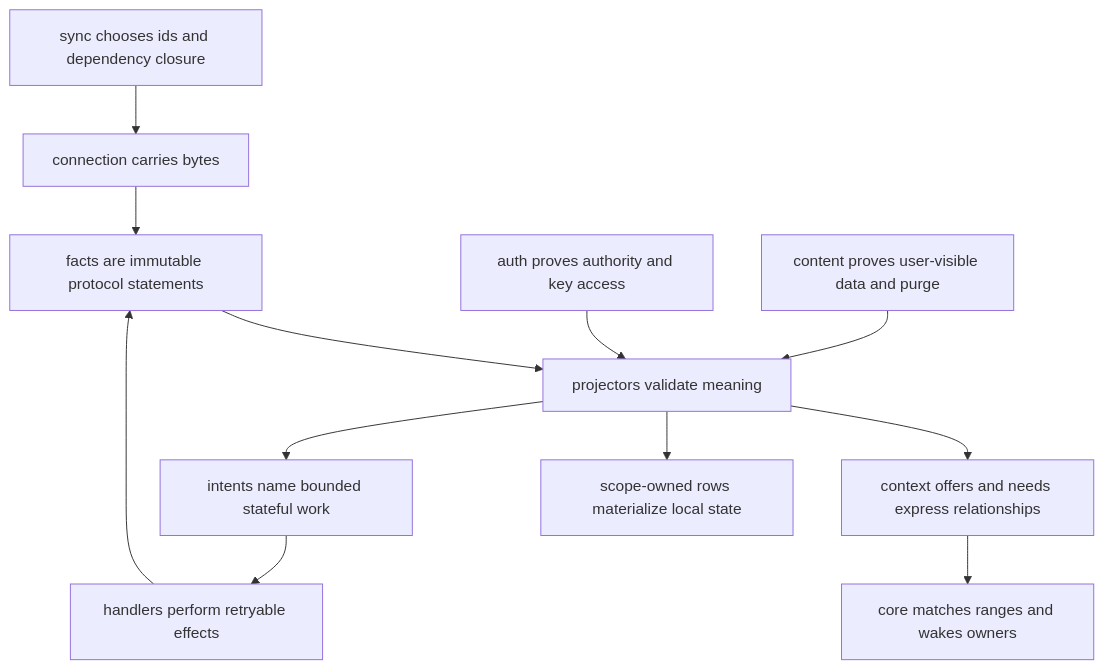
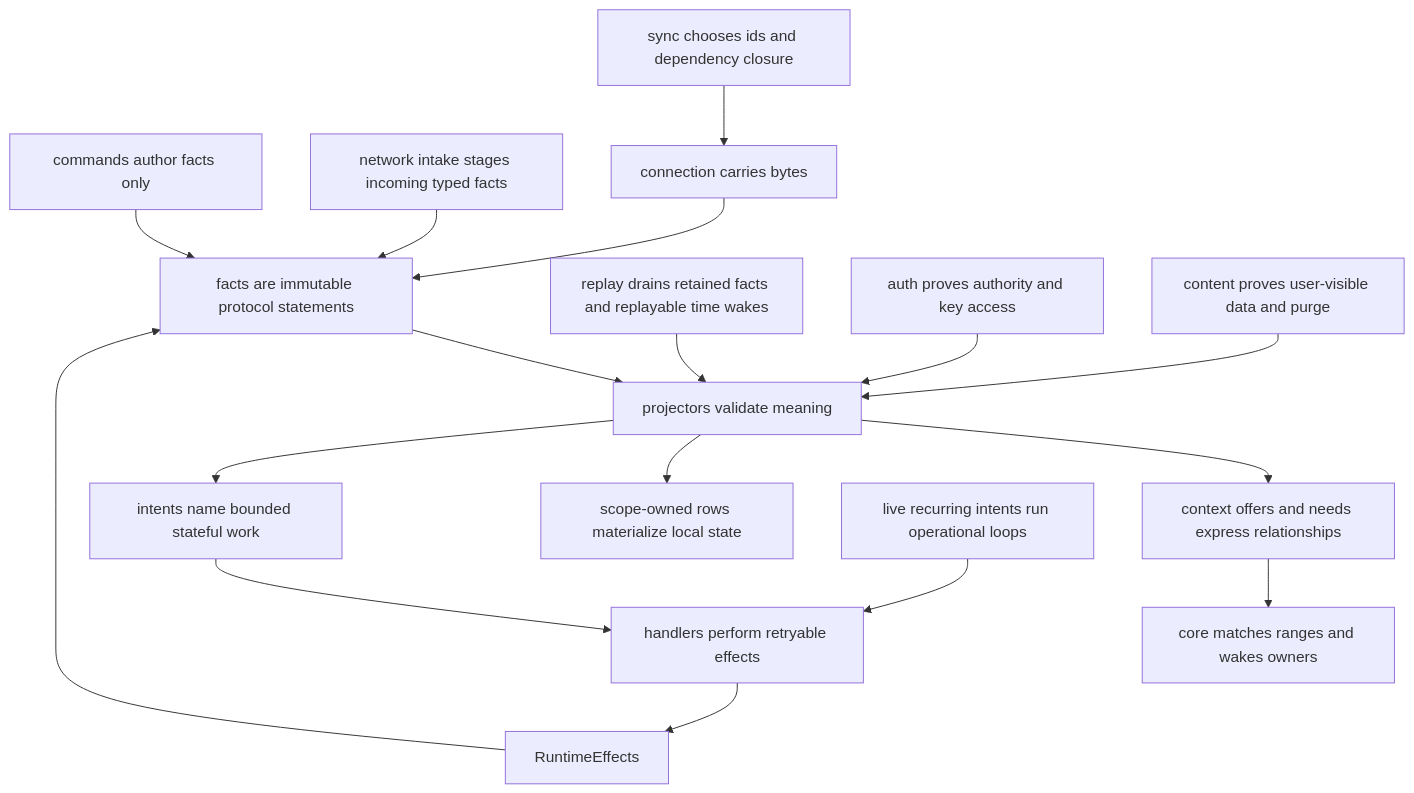
One commit to holmesworcester/poc-10 changed the sixth of 6 diagrams in ARCHITECTURE_DIAGRAMS.md. Above: the diagram before and after it, drawn with Mermaid. The commit also changed other lines of this file and 2 other files, not shown here.

````diff
--- a/ARCHITECTURE_DIAGRAMS.md
+++ b/ARCHITECTURE_DIAGRAMS.md
@@ -255,15 +320,20 @@
 ```mermaid
 flowchart TD
     FACTS["facts are immutable protocol statements"] --> PROJECTORS["projectors validate meaning"]
     PROJECTORS --> CONTEXT["context offers and needs express relationships"]
     CONTEXT --> CORE_MATCH["core matches ranges and wakes owners"]
     PROJECTORS --> ROWS["scope-owned rows materialize local state"]
     PROJECTORS --> INTENTS["intents name bounded stateful work"]
     INTENTS --> HANDLERS["handlers perform retryable effects"]
-    HANDLERS --> FACTS
+    HANDLERS --> EFFECTS["RuntimeEffects"]
+    EFFECTS --> FACTS
 
+    COMMANDS["commands author facts only"] --> FACTS
+    INTAKE["network intake stages incoming typed facts"] --> FACTS
+    REPLAY["replay drains retained facts and replayable time wakes"] --> PROJECTORS
+    RECURRING["live recurring intents run operational loops"] --> HANDLERS
     CONNECTION["connection carries bytes"] --> FACTS
     SYNC["sync chooses ids and dependency closure"] --> CONNECTION
     AUTH["auth proves authority and key access"] --> PROJECTORS
     CONTENT["content proves user-visible data and purge"] --> PROJECTORS
 ```
````
